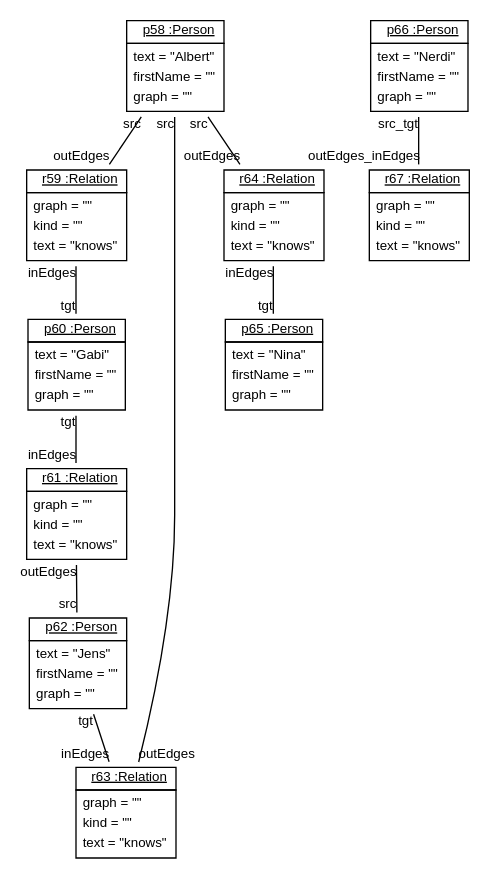
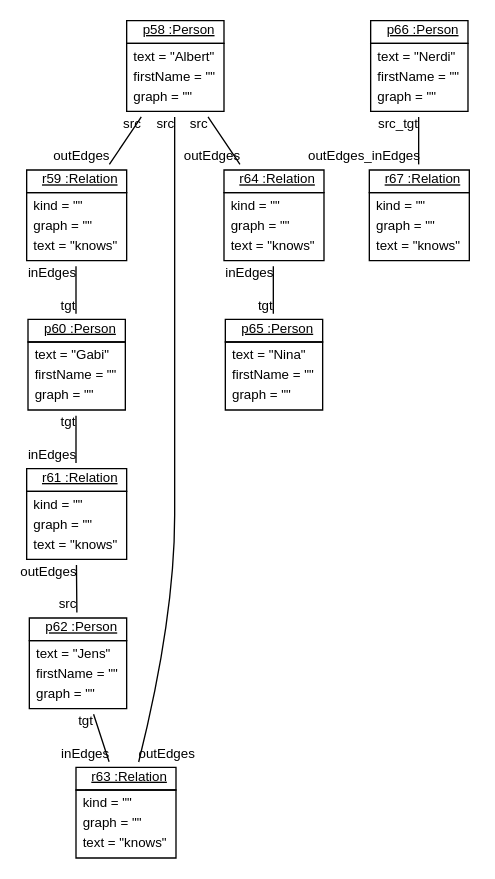
The diagram in doc/BanfM2MTransformation20.dot (fujaba/SDMLib), drawn with Graphviz before and after one commit. The commit also changed 12 other files, not shown here.

```diff
--- a/doc/BanfM2MTransformation20.dot
+++ b/doc/BanfM2MTransformation20.dot
@@ -1,26 +1,26 @@
 graph ObjectDiagram {
    node [shape = none, fontsize = 10, fontname = "Arial"];
    edge [fontsize = 10, fontname = "Arial"];
    compound=true;
 
 p58 [label=<<table border='0' cellborder='1' cellspacing='0'> <tr> <td href="../examples/org/sdmlib/examples/m2m/Person.java"> <u>p58 :Person</u></td></tr><tr><td><table border='0' cellborder='0' cellspacing='0'><tr><td align='left'>text = "Albert"</td></tr><tr><td align='left'>firstName = ""</td></tr><tr><td align='left'>graph = ""</td></tr></table></td></tr></table>>];
-r59 [label=<<table border='0' cellborder='1' cellspacing='0'> <tr> <td href="../examples/org/sdmlib/examples/m2m/Relation.java"> <u>r59 :Relation</u></td></tr><tr><td><table border='0' cellborder='0' cellspacing='0'><tr><td align='left'>graph = ""</td></tr><tr><td align='left'>kind = ""</td></tr><tr><td align='left'>text = "knows"</td></tr></table></td></tr></table>>];
+r59 [label=<<table border='0' cellborder='1' cellspacing='0'> <tr> <td href="../examples/org/sdmlib/examples/m2m/Relation.java"> <u>r59 :Relation</u></td></tr><tr><td><table border='0' cellborder='0' cellspacing='0'><tr><td align='left'>kind = ""</td></tr><tr><td align='left'>graph = ""</td></tr><tr><td align='left'>text = "knows"</td></tr></table></td></tr></table>>];
 p60 [label=<<table border='0' cellborder='1' cellspacing='0'> <tr> <td href="../examples/org/sdmlib/examples/m2m/Person.java"> <u>p60 :Person</u></td></tr><tr><td><table border='0' cellborder='0' cellspacing='0'><tr><td align='left'>text = "Gabi"</td></tr><tr><td align='left'>firstName = ""</td></tr><tr><td align='left'>graph = ""</td></tr></table></td></tr></table>>];
-r61 [label=<<table border='0' cellborder='1' cellspacing='0'> <tr> <td href="../examples/org/sdmlib/examples/m2m/Relation.java"> <u>r61 :Relation</u></td></tr><tr><td><table border='0' cellborder='0' cellspacing='0'><tr><td align='left'>graph = ""</td></tr><tr><td align='left'>kind = ""</td></tr><tr><td align='left'>text = "knows"</td></tr></table></td></tr></table>>];
+r61 [label=<<table border='0' cellborder='1' cellspacing='0'> <tr> <td href="../examples/org/sdmlib/examples/m2m/Relation.java"> <u>r61 :Relation</u></td></tr><tr><td><table border='0' cellborder='0' cellspacing='0'><tr><td align='left'>kind = ""</td></tr><tr><td align='left'>graph = ""</td></tr><tr><td align='left'>text = "knows"</td></tr></table></td></tr></table>>];
 p62 [label=<<table border='0' cellborder='1' cellspacing='0'> <tr> <td href="../examples/org/sdmlib/examples/m2m/Person.java"> <u>p62 :Person</u></td></tr><tr><td><table border='0' cellborder='0' cellspacing='0'><tr><td align='left'>text = "Jens"</td></tr><tr><td align='left'>firstName = ""</td></tr><tr><td align='left'>graph = ""</td></tr></table></td></tr></table>>];
-r63 [label=<<table border='0' cellborder='1' cellspacing='0'> <tr> <td href="../examples/org/sdmlib/examples/m2m/Relation.java"> <u>r63 :Relation</u></td></tr><tr><td><table border='0' cellborder='0' cellspacing='0'><tr><td align='left'>graph = ""</td></tr><tr><td align='left'>kind = ""</td></tr><tr><td align='left'>text = "knows"</td></tr></table></td></tr></table>>];
-r64 [label=<<table border='0' cellborder='1' cellspacing='0'> <tr> <td href="../examples/org/sdmlib/examples/m2m/Relation.java"> <u>r64 :Relation</u></td></tr><tr><td><table border='0' cellborder='0' cellspacing='0'><tr><td align='left'>graph = ""</td></tr><tr><td align='left'>kind = ""</td></tr><tr><td align='left'>text = "knows"</td></tr></table></td></tr></table>>];
+r63 [label=<<table border='0' cellborder='1' cellspacing='0'> <tr> <td href="../examples/org/sdmlib/examples/m2m/Relation.java"> <u>r63 :Relation</u></td></tr><tr><td><table border='0' cellborder='0' cellspacing='0'><tr><td align='left'>kind = ""</td></tr><tr><td align='left'>graph = ""</td></tr><tr><td align='left'>text = "knows"</td></tr></table></td></tr></table>>];
+r64 [label=<<table border='0' cellborder='1' cellspacing='0'> <tr> <td href="../examples/org/sdmlib/examples/m2m/Relation.java"> <u>r64 :Relation</u></td></tr><tr><td><table border='0' cellborder='0' cellspacing='0'><tr><td align='left'>kind = ""</td></tr><tr><td align='left'>graph = ""</td></tr><tr><td align='left'>text = "knows"</td></tr></table></td></tr></table>>];
 p65 [label=<<table border='0' cellborder='1' cellspacing='0'> <tr> <td href="../examples/org/sdmlib/examples/m2m/Person.java"> <u>p65 :Person</u></td></tr><tr><td><table border='0' cellborder='0' cellspacing='0'><tr><td align='left'>text = "Nina"</td></tr><tr><td align='left'>firstName = ""</td></tr><tr><td align='left'>graph = ""</td></tr></table></td></tr></table>>];
 p66 [label=<<table border='0' cellborder='1' cellspacing='0'> <tr> <td href="../examples/org/sdmlib/examples/m2m/Person.java"> <u>p66 :Person</u></td></tr><tr><td><table border='0' cellborder='0' cellspacing='0'><tr><td align='left'>text = "Nerdi"</td></tr><tr><td align='left'>firstName = ""</td></tr><tr><td align='left'>graph = ""</td></tr></table></td></tr></table>>];
-r67 [label=<<table border='0' cellborder='1' cellspacing='0'> <tr> <td href="../examples/org/sdmlib/examples/m2m/Relation.java"> <u>r67 :Relation</u></td></tr><tr><td><table border='0' cellborder='0' cellspacing='0'><tr><td align='left'>graph = ""</td></tr><tr><td align='left'>kind = ""</td></tr><tr><td align='left'>text = "knows"</td></tr></table></td></tr></table>>];
+r67 [label=<<table border='0' cellborder='1' cellspacing='0'> <tr> <td href="../examples/org/sdmlib/examples/m2m/Relation.java"> <u>r67 :Relation</u></td></tr><tr><td><table border='0' cellborder='0' cellspacing='0'><tr><td align='left'>kind = ""</td></tr><tr><td align='left'>graph = ""</td></tr><tr><td align='left'>text = "knows"</td></tr></table></td></tr></table>>];
 
 p58 -- r59 [headlabel = "outEdges" taillabel = "src"];
 p58 -- r63 [headlabel = "outEdges" taillabel = "src"];
 p58 -- r64 [headlabel = "outEdges" taillabel = "src"];
 r59 -- p60 [headlabel = "tgt" taillabel = "inEdges"];
 p60 -- r61 [headlabel = "inEdges" taillabel = "tgt"];
 r61 -- p62 [headlabel = "src" taillabel = "outEdges"];
 p62 -- r63 [headlabel = "inEdges" taillabel = "tgt"];
 r64 -- p65 [headlabel = "tgt" taillabel = "inEdges"];
 p66 -- r67 [headlabel = "outEdges_inEdges" taillabel = "src_tgt"];
 }
```
